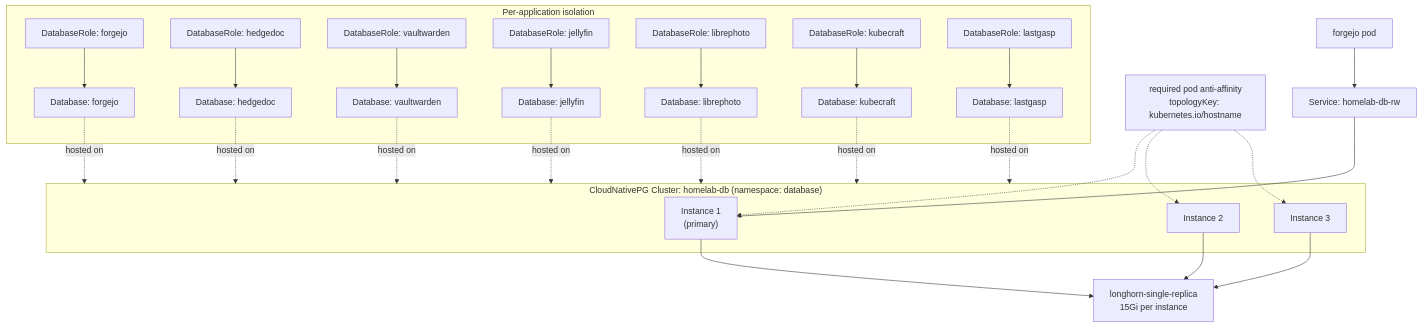
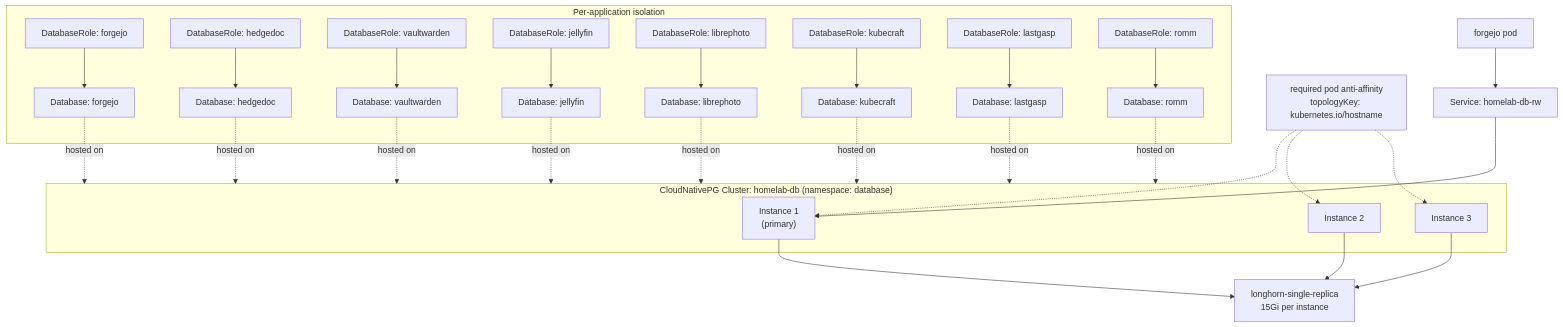
The fifth of 6 diagrams in README.md (filippo-ferrando/k3s-homelab), drawn with Mermaid before and after one commit. The commit also changed other lines of this file and 17 other files, not shown here.

````diff
--- a/README.md
+++ b/README.md
@@ -273,29 +274,30 @@
 ```mermaid
 flowchart TB
     subgraph CNPGCluster["CloudNativePG Cluster: homelab-db (namespace: database)"]
         P1["Instance 1\n(primary)"]
         P2["Instance 2"]
         P3["Instance 3"]
     end
 
     Storage["longhorn-single-replica\n15Gi per instance"]
     AntiAffinity["required pod anti-affinity\ntopologyKey: kubernetes.io/hostname"]
 
     P1 & P2 & P3 --> Storage
     AntiAffinity -.-> P1 & P2 & P3
 
     RWSvc["Service: homelab-db-rw"] --> P1
 
     subgraph PerApp["Per-application isolation"]
         Role1["DatabaseRole: forgejo"] --> DB1["Database: forgejo"]
         Role2["DatabaseRole: hedgedoc"] --> DB2["Database: hedgedoc"]
         Role3["DatabaseRole: vaultwarden"] --> DB3["Database: vaultwarden"]
         Role4["DatabaseRole: jellyfin"] --> DB4["Database: jellyfin"]
         Role5["DatabaseRole: librephoto"] --> DB5["Database: librephoto"]
         Role6["DatabaseRole: kubecraft"] --> DB6["Database: kubecraft"]
         Role7["DatabaseRole: lastgasp"] --> DB7["Database: lastgasp"]
+        Role8["DatabaseRole: romm"] --> DB8["Database: romm"]
     end
 
-    DB1 & DB2 & DB3 & DB4 & DB5 & DB6 & DB7 -.->|hosted on| CNPGCluster
+    DB1 & DB2 & DB3 & DB4 & DB5 & DB6 & DB7 & DB8 -.->|hosted on| CNPGCluster
     App1[forgejo pod] --> RWSvc
 ```
````
